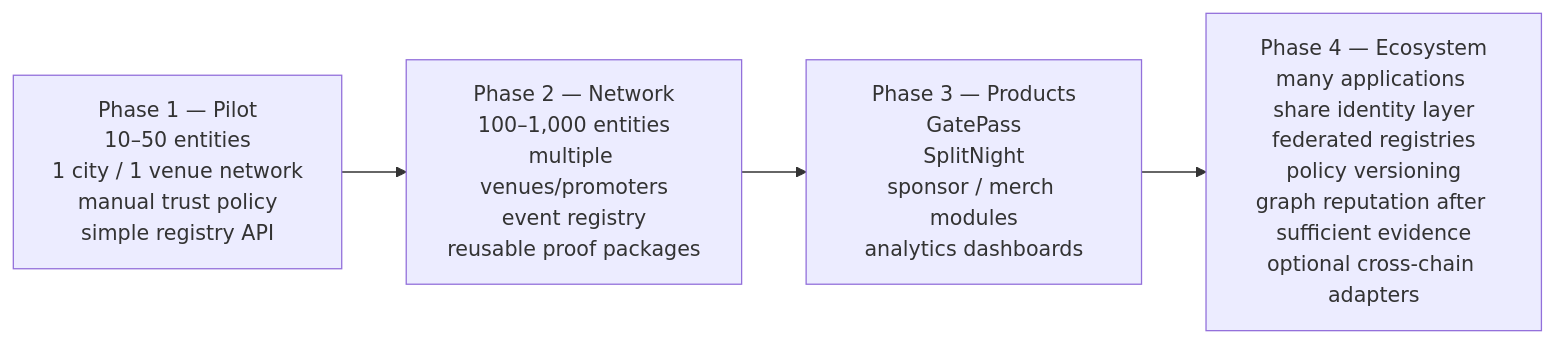
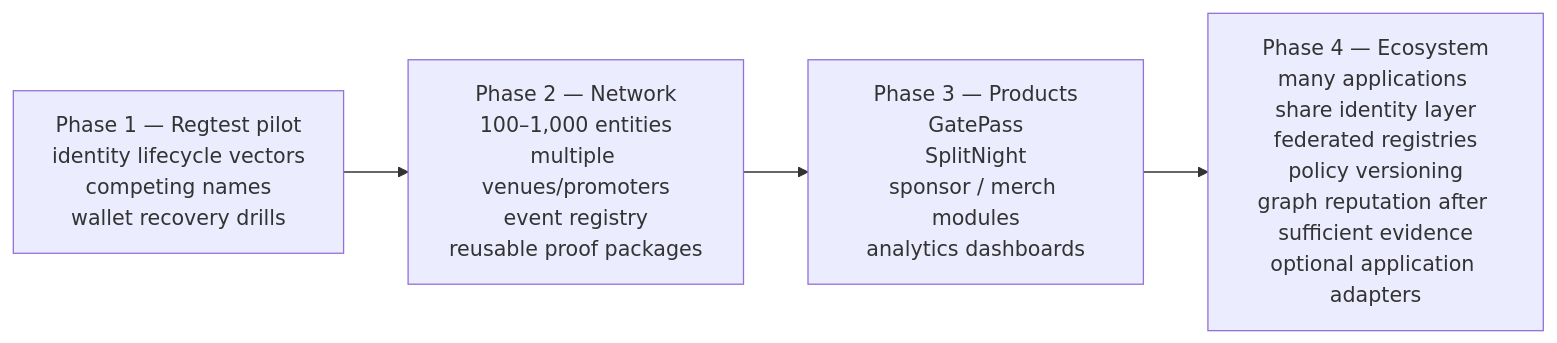
One commit to EdwinKestler/o2a-protocol changed the second of 2 diagrams in docs/diagrams/04-bootstrap-and-scale.md. Above: the diagram before and after it, drawn with Mermaid. The commit also changed other lines of this file and 46 other files, not shown here.

````diff
--- a/docs/diagrams/04-bootstrap-and-scale.md
+++ b/docs/diagrams/04-bootstrap-and-scale.md
@@ -19,9 +19,9 @@
 ```mermaid
 flowchart LR
-    P1["Phase 1 — Pilot<br/>10–50 entities<br/>1 city / 1 venue network<br/>manual trust policy<br/>simple registry API"]
+    P1["Phase 1 — Regtest pilot<br/>identity lifecycle vectors<br/>competing names<br/>wallet recovery drills"]
     P2["Phase 2 — Network<br/>100–1,000 entities<br/>multiple venues/promoters<br/>event registry<br/>reusable proof packages"]
     P3["Phase 3 — Products<br/>GatePass<br/>SplitNight<br/>sponsor / merch modules<br/>analytics dashboards"]
-    P4["Phase 4 — Ecosystem<br/>many applications share identity layer<br/>federated registries<br/>policy versioning<br/>graph reputation after sufficient evidence<br/>optional cross-chain adapters"]
+    P4["Phase 4 — Ecosystem<br/>many applications share identity layer<br/>federated registries<br/>policy versioning<br/>graph reputation after sufficient evidence<br/>optional application adapters"]
 
     P1 --> P2 --> P3 --> P4
 ```
````
